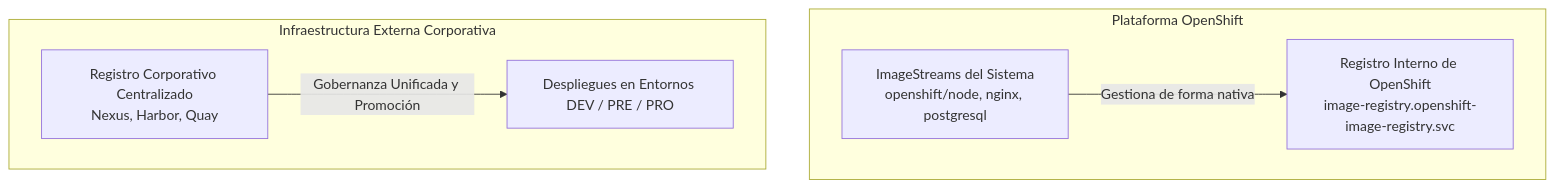
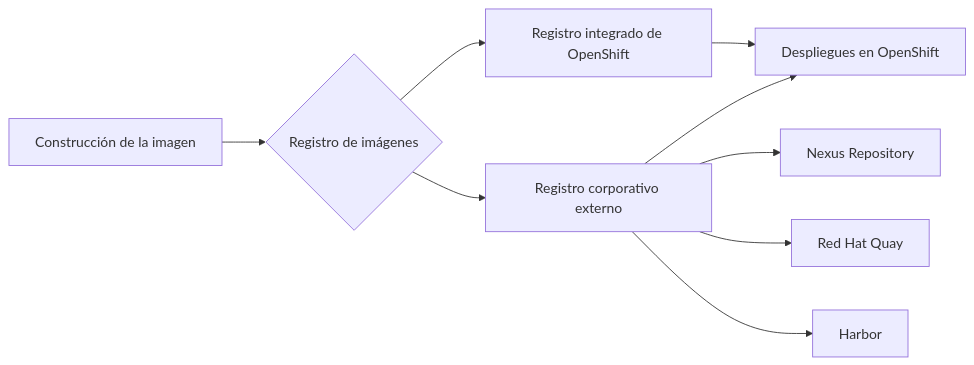
The first of 4 diagrams in docs/sesion4/4.4 Registro, gestión y seguridad de imágenes.md (ieftraining/curso-openshift), drawn with Mermaid before and after one commit. The commit also changed other lines of this file, not shown here.

````diff
--- a/docs/sesion4/4.4 Registro, gestión y seguridad de imágenes.md
+++ b/docs/sesion4/4.4 Registro, gestión y seguridad de imágenes.md
@@ -19,10 +36,11 @@
 ```mermaid
-flowchart TD
-    subgraph Plataforma OpenShift
-        A[ImageStreams del Sistema<br>openshift/node, nginx, postgresql] -->|Gestiona de forma nativa| B[Registro Interno de OpenShift<br>image-registry.openshift-image-registry.svc]
-    end
-
-    subgraph Infraestructura Externa Corporativa
-        C[Registro Corporativo Centralizado<br>Nexus, Harbor, Quay] -->|Gobernanza Unificada y Promoción| D[Despliegues en Entornos DEV / PRE / PRO]
-    end
+flowchart LR
+    A[Construcción de la imagen] --> B{Registro de imágenes}
+    B --> C[Registro integrado de OpenShift]
+    B --> D[Registro corporativo externo]
+    D --> E[Nexus Repository]
+    D --> F[Red Hat Quay]
+    D --> G[Harbor]
+    C --> H[Despliegues en OpenShift]
+    D --> H
 ```
````
